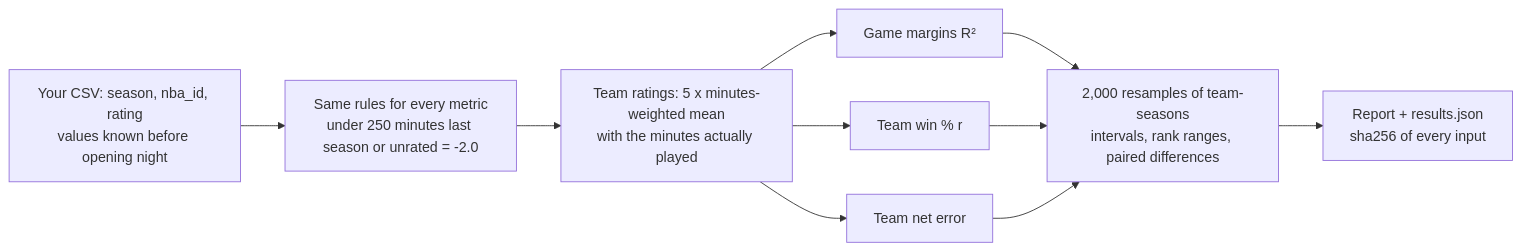
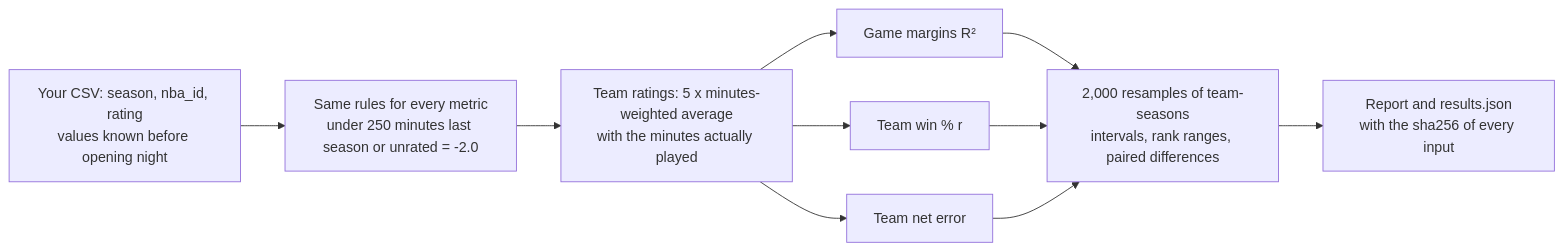
Before and after one commit to lumahoops/hoop-impact-bench: the diagram in README.md, drawn with Mermaid. The commit also changed other lines of this file and 3 other files, not shown here.

````diff
--- a/README.md
+++ b/README.md
@@ -104,12 +117,12 @@
 ```mermaid
 flowchart LR
     A["Your CSV: season, nba_id, rating<br/>values known before opening night"] --> B["Same rules for every metric<br/>under 250 minutes last season or unrated = -2.0"]
-    B --> C["Team ratings: 5 x minutes-weighted mean<br/>with the minutes actually played"]
+    B --> C["Team ratings: 5 x minutes-weighted average<br/>with the minutes actually played"]
     C --> D["Game margins R²"]
     C --> E["Team win % r"]
     C --> F["Team net error"]
     D --> G["2,000 resamples of team-seasons<br/>intervals, rank ranges, paired differences"]
     E --> G
     F --> G
-    G --> H["Report + results.json<br/>sha256 of every input"]
+    G --> H["Report and results.json<br/>with the sha256 of every input"]
 ```
````
